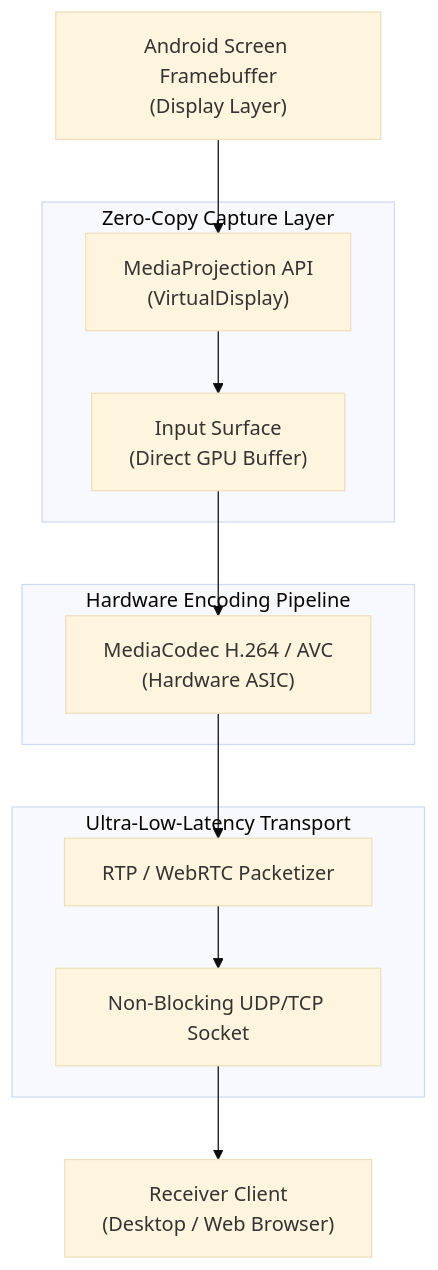
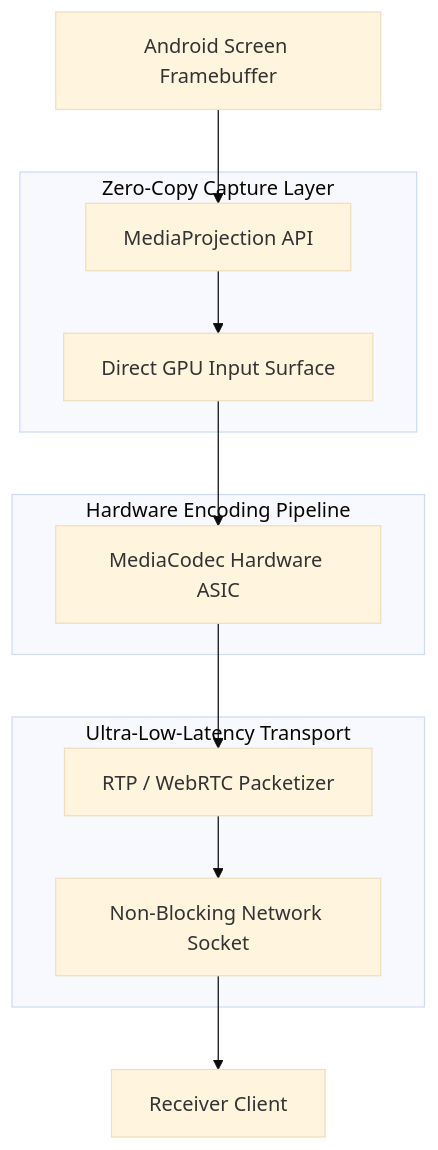
The diagram in README.md (welzim19-star/zero-ping-mirror), drawn with Mermaid (base theme) before and after one commit. The commit also changed 1 other file, not shown here.

Commit message:
fix(diagram): streamline Mermaid node labels to eliminate clipping

````diff
--- a/README.md
+++ b/README.md
@@ -26,27 +26,27 @@
 ```mermaid
 flowchart TD
-    Screen["Android Screen Framebuffer<br/>(Display Layer)"]
+    Screen["Android Screen Framebuffer"]
     
     subgraph CAPTURE["Zero-Copy Capture Layer"]
-        MP["MediaProjection API<br/>(VirtualDisplay)"]
-        Surface["Input Surface<br/>(Direct GPU Buffer)"]
+        MP["MediaProjection API"]
+        Surface["Direct GPU Input Surface"]
         MP --> Surface
     end
     
     subgraph ENCODER["Hardware Encoding Pipeline"]
-        Codec["MediaCodec H.264 / AVC<br/>(Hardware ASIC)"]
+        Codec["MediaCodec Hardware ASIC"]
         Surface --> Codec
     end
     
     subgraph TRANSPORT["Ultra-Low-Latency Transport"]
         Mux["RTP / WebRTC Packetizer"]
-        Socket["Non-Blocking UDP/TCP Socket"]
+        Socket["Non-Blocking Network Socket"]
         Codec --> Mux
         Mux --> Socket
     end
     
-    Client["Receiver Client<br/>(Desktop / Web Browser)"]
+    Client["Receiver Client"]
 
     Screen --> MP
     Socket --> Client
 ```
````
